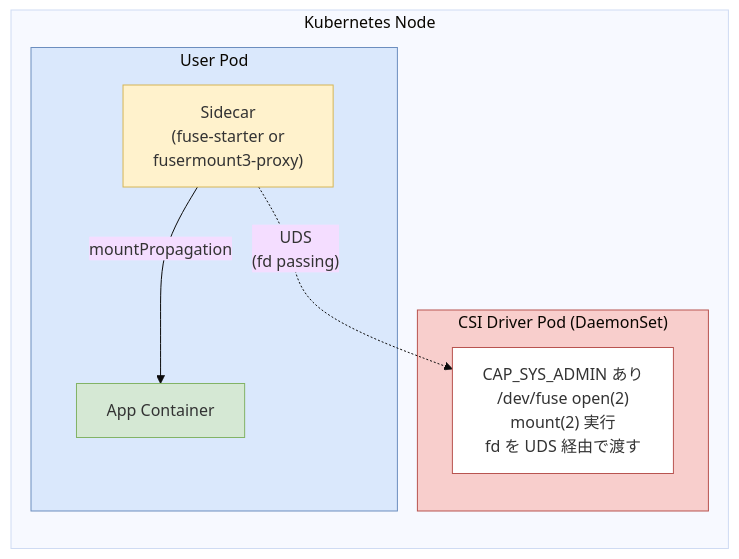
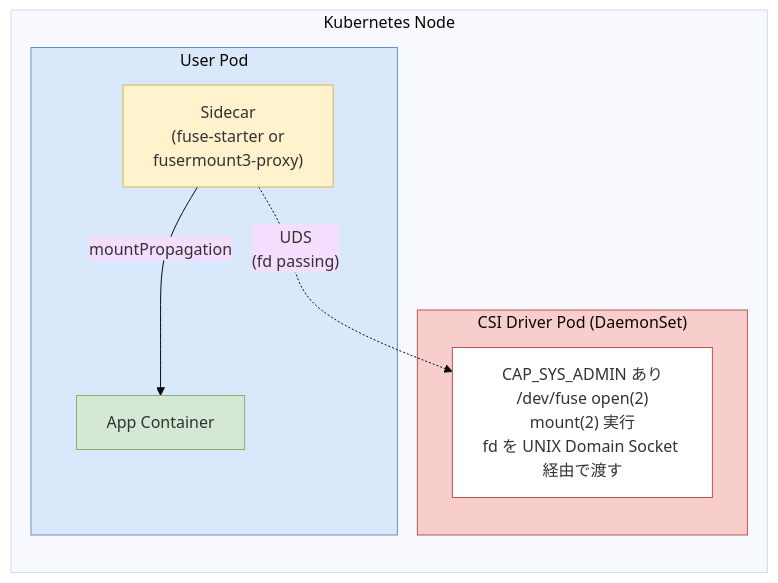
The first of 2 diagrams in docs/technical-report.md (tak-55/fuse_k8s), drawn with Mermaid (base theme) before and after one commit. The commit also changed other lines of this file and 1 other file, not shown here.

````diff
--- a/docs/technical-report.md
+++ b/docs/technical-report.md
@@ -17,20 +9,20 @@
 ```mermaid
 graph LR
     subgraph Node["Kubernetes Node"]
         subgraph CSIPod["CSI Driver Pod (DaemonSet)"]
-            CSI["CAP_SYS_ADMIN あり<br/>/dev/fuse open(2)<br/>mount(2) 実行<br/>fd を UDS 経由で渡す"]
+            CSI["CAP_SYS_ADMIN あり<br/>/dev/fuse open(2)<br/>mount(2) 実行<br/>fd を UNIX Domain Socket 経由で渡す"]
         end
         subgraph UserPod["User Pod"]
             Sidecar["Sidecar<br/>(fuse-starter or<br/>fusermount3-proxy)"]
             App["App Container"]
             Sidecar -- "mountPropagation" --> App
         end
         Sidecar -. "UDS<br/>(fd passing)" .-> CSI
     end
 
     style CSIPod fill:#f8cecc,stroke:#b85450
     style UserPod fill:#dae8fc,stroke:#6c8ebf
     style CSI fill:#fff,stroke:#b85450
     style Sidecar fill:#fff2cc,stroke:#d6b656
     style App fill:#d5e8d4,stroke:#82b366
 ```
````
